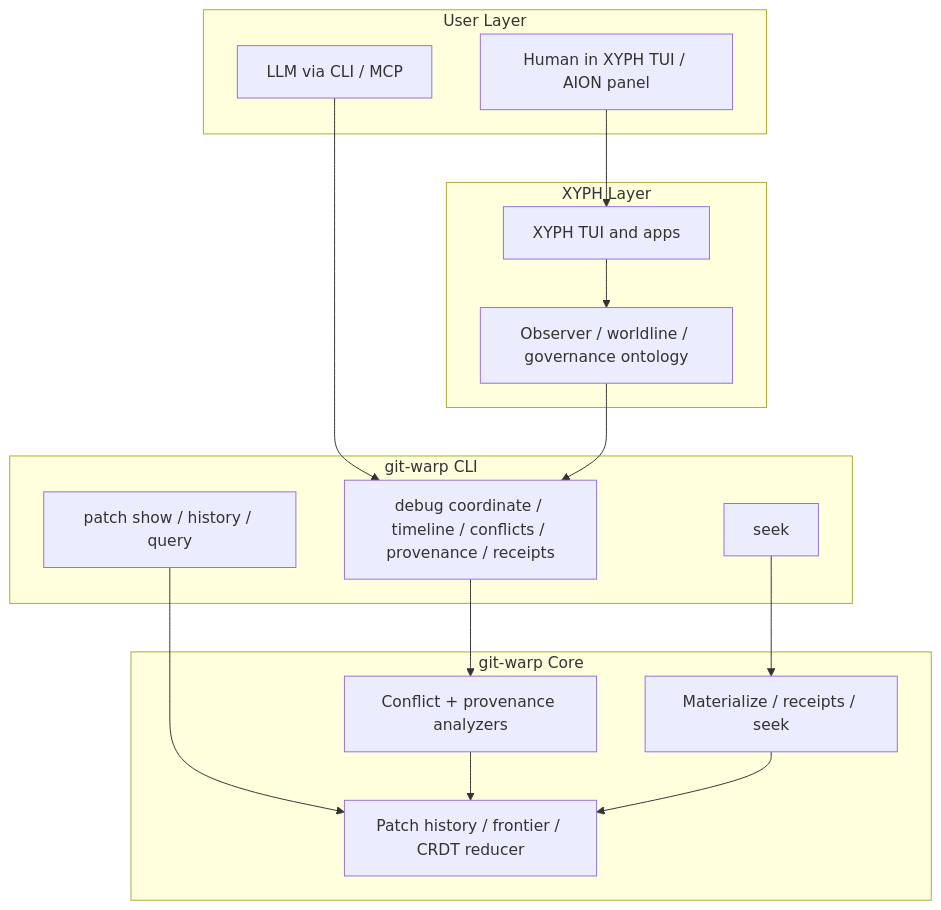
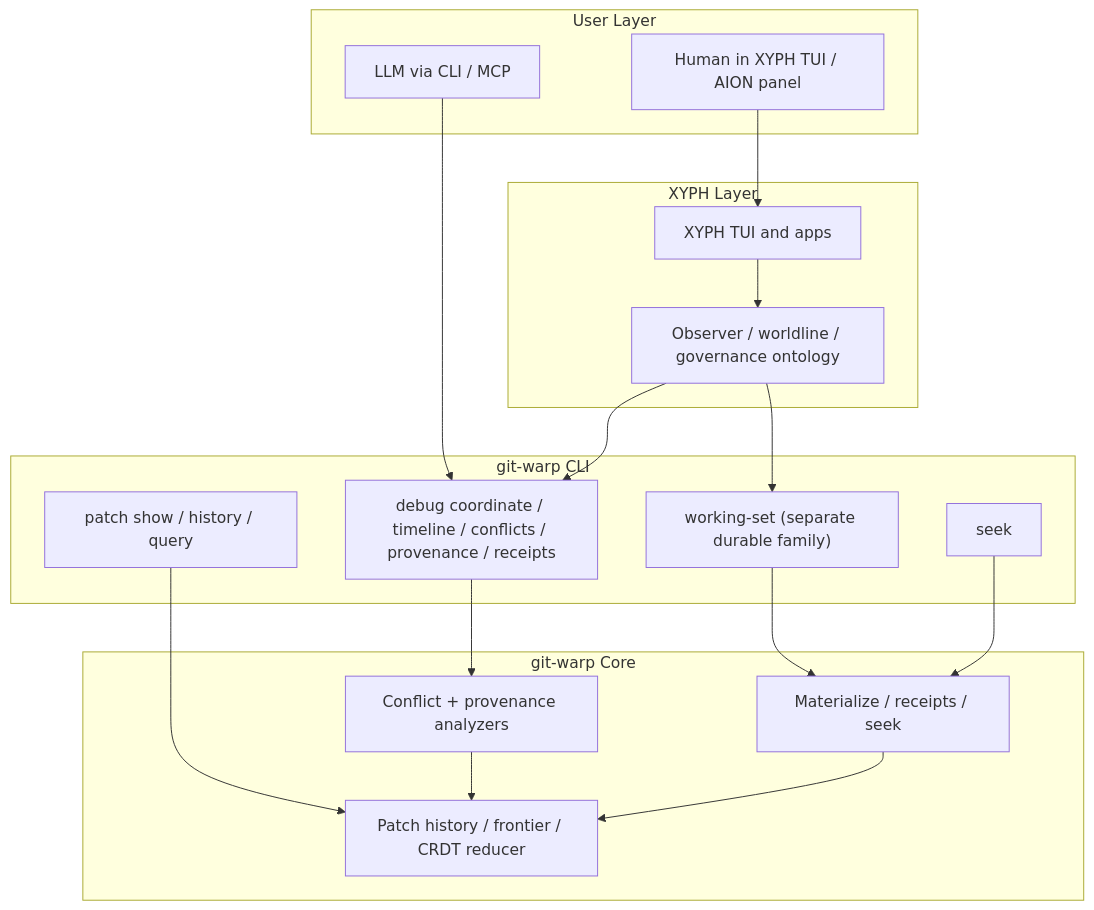
The diagram in docs/TTD.md (git-stunts/git-warp), drawn with Mermaid before and after one commit. The commit also changed other lines of this file and 37 other files, not shown here.

Commit message:
feat: add working-set substrate foundation

````diff
--- a/docs/TTD.md
+++ b/docs/TTD.md
@@ -27,34 +27,37 @@
 ```mermaid
 flowchart TB
     subgraph user["User Layer"]
         human["Human in XYPH TUI / AION panel"]
         agent["LLM via CLI / MCP"]
     end
 
     subgraph xyph["XYPH Layer"]
         xyphui["XYPH TUI and apps"]
         xyphdomain["Observer / worldline / governance ontology"]
     end
 
     subgraph cli["git-warp CLI"]
         seek["seek"]
         debug["debug coordinate / timeline / conflicts / provenance / receipts"]
+        ws["working-set (separate durable family)"]
         raw["patch show / history / query"]
     end
 
     subgraph core["git-warp Core"]
         analyzers["Conflict + provenance analyzers"]
         materialize["Materialize / receipts / seek"]
         substrate["Patch history / frontier / CRDT reducer"]
     end
 
     human --> xyphui
     agent --> debug
     xyphui --> xyphdomain
     xyphdomain --> debug
     debug --> analyzers
+    xyphdomain --> ws
+    ws --> materialize
     seek --> materialize
     raw --> substrate
     analyzers --> substrate
     materialize --> substrate
 ```
````
